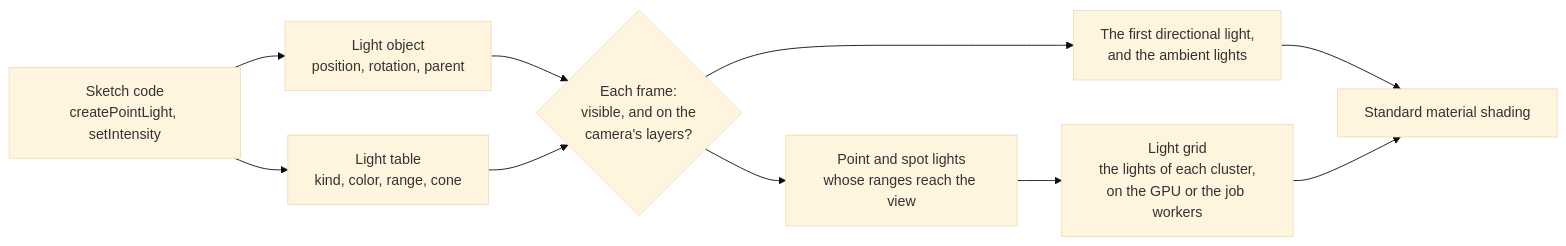
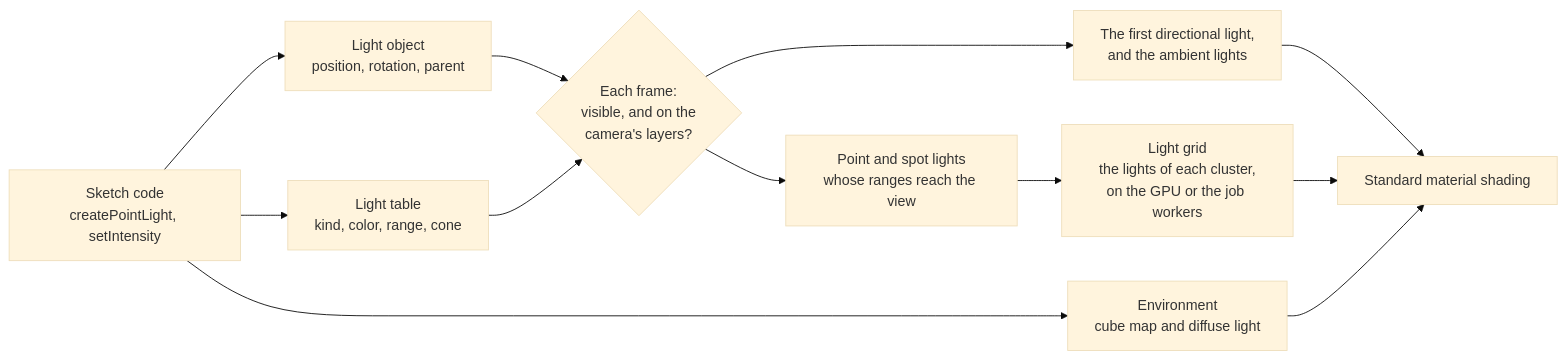
The first of 2 diagrams in docs/concepts/lighting.md (null3d-engine/null3d), drawn with Mermaid (base theme) before and after one commit. The commit also changed other lines of this file and 109 other files, not shown here.

First line of the commit message:
feat(engine): light scenes with environment maps, as three.js's scene.environment does

````diff
--- a/docs/concepts/lighting.md
+++ b/docs/concepts/lighting.md
@@ -13,12 +13,14 @@
 ```mermaid
 flowchart LR
     sketch["Sketch code<br/>createPointLight, setIntensity"] --> object["Light object<br/>position, rotation, parent"]
     sketch --> table["Light table<br/>kind, color, range, cone"]
+    sketch --> env["Environment<br/>cube map and diffuse light"]
     object --> frame{"Each frame:<br/>visible, and on the<br/>camera's layers?"}
     table --> frame
     frame --> main["The first directional light,<br/>and the ambient lights"]
     frame --> list["Point and spot lights<br/>whose ranges reach the view"]
     list --> grid["Light grid<br/>the lights of each cluster,<br/>on the GPU or the job workers"]
     main --> shading["Standard material shading"]
     grid --> shading
+    env --> shading
 ```
````
